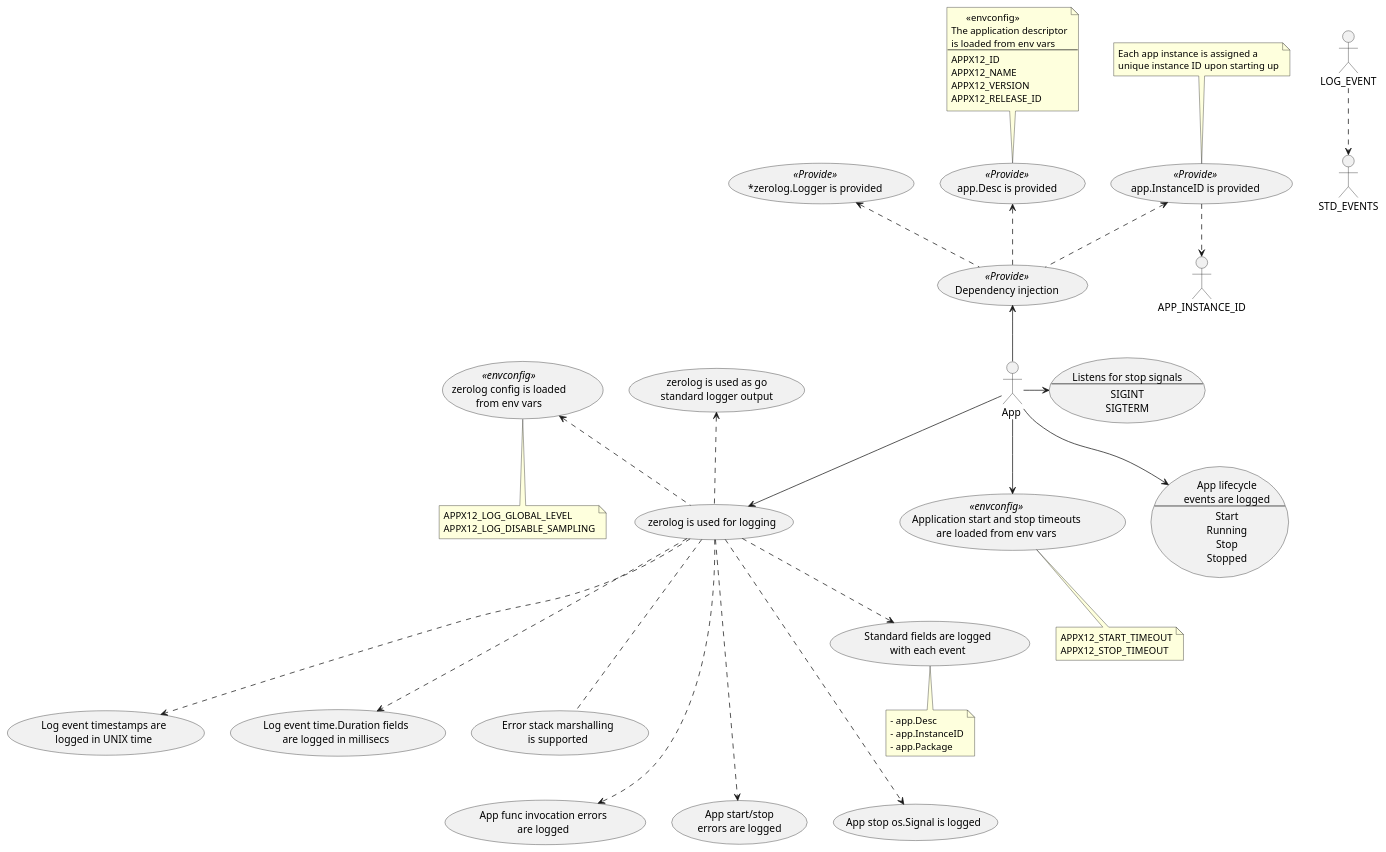
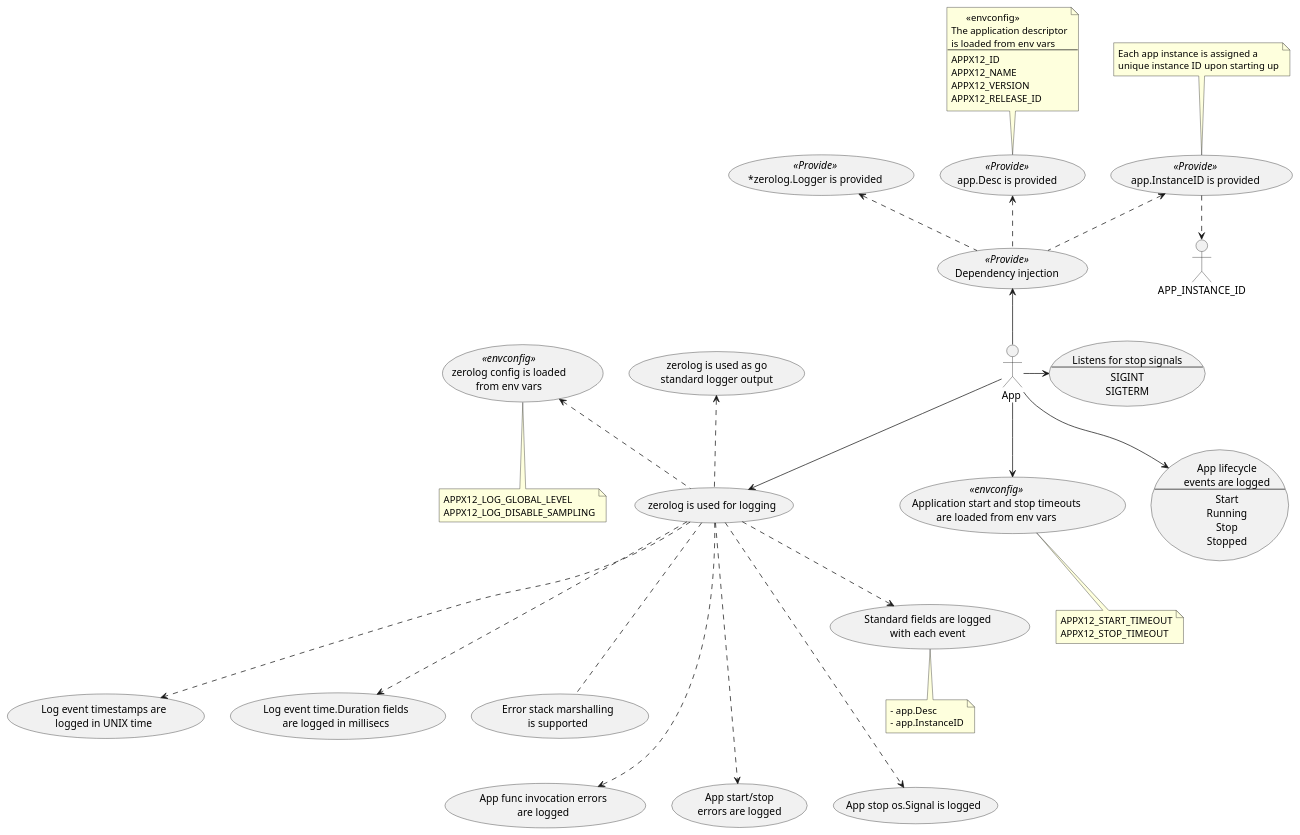
One commit to oysterpack/andiamo changed the diagram in pkg/app/fx/usecases.puml. Above: the diagram before and after it, drawn with PlantUML. The commit also changed 18 other files, not shown here.

```diff
--- a/pkg/app/fx/usecases.puml
+++ b/pkg/app/fx/usecases.puml
@@ -1,112 +1,109 @@
 @startuml
 actor :App : as APP
 
 usecase APP_TIMEOUTS << envconfig >> as "Application start and stop timeouts
 are loaded from env vars"
 
 note bottom of APP_TIMEOUTS {
 APPX12_START_TIMEOUT
 APPX12_STOP_TIMEOUT
 }
 
 usecase APP_LOGGING as "zerolog is used for logging"
 usecase ZEROLOG_CONFIG << envconfig >> as "zerolog config is loaded
 from env vars"
 
 note bottom of ZEROLOG_CONFIG {
 APPX12_LOG_GLOBAL_LEVEL
 APPX12_LOG_DISABLE_SAMPLING
 }
 
 usecase LOG_APP_DESC as "Standard fields are logged
 with each event"
 
 note bottom of LOG_APP_DESC {
 - app.Desc
 - app.InstanceID
-- app.Package
 }
 
 usecase LOG_TIMESTAMP as "Log event timestamps are
 logged in UNIX time"
 
 usecase LOG_DURATION as "Log event time.Duration fields
 are logged in millisecs"
 
 usecase LOG_ERROR_STACK_MARSHALLER as "Error stack marshalling
 is supported"
 
 usecase GO_LOGGING as "zerolog is used as go
 standard logger output"
 
 usecase DEPENDENCY_INJECTION << Provide >> as "Dependency injection"
 usecase PROVIDE_APP_DESC << Provide >> as "app.Desc is provided"
 
 note top of PROVIDE_APP_DESC {
       <<envconfig>>
 The application descriptor
 is loaded from env vars
 ---
 APPX12_ID
 APPX12_NAME
 APPX12_VERSION
 APPX12_RELEASE_ID
 }
 
 usecase PROVIDE_APP_INSTANCE_ID << Provide >> as "app.InstanceID is provided"
 
 note top of PROVIDE_APP_INSTANCE_ID  {
 Each app instance is assigned a
 unique instance ID upon starting up
 }
 
 usecase PROVIDE_LOGGER << Provide >> as "*zerolog.Logger is provided"
 
 DEPENDENCY_INJECTION .up.> PROVIDE_APP_DESC
 DEPENDENCY_INJECTION .up.> PROVIDE_APP_INSTANCE_ID
 DEPENDENCY_INJECTION .up.> PROVIDE_LOGGER
 APP_INSTANCE_ID <.up. PROVIDE_APP_INSTANCE_ID
 
 usecase LOG_APP_LIFECYCLE_EVENTS as "App lifecycle
 events are logged
 ---
 Start
 Running
 Stop
 Stopped"
 
 usecase LOG_APP_INVOKE_ERRORS as "App func invocation errors
 are logged"
 
 usecase LOG_APP_START_STOP_ERRORS as "App start/stop
 errors are logged"
 
 usecase LOG_STOP_SIGNAL_EVENT as "App stop os.Signal is logged"
 
 usecase APP_STOP_SIGNALS as "Listens for stop signals
 ---
 SIGINT
 SIGTERM
 "
 
-LOG_EVENT ..> STD_EVENTS
-
 APP_LOGGING .up.> GO_LOGGING
 APP_LOGGING .up.> ZEROLOG_CONFIG
 APP_LOGGING ..> LOG_APP_DESC
 APP_LOGGING ...> LOG_TIMESTAMP
 APP_LOGGING ...> LOG_DURATION
 APP_LOGGING ....> LOG_APP_INVOKE_ERRORS
 APP_LOGGING ....> LOG_APP_START_STOP_ERRORS
 APP_LOGGING ....> LOG_STOP_SIGNAL_EVENT
 APP_LOGGING ... LOG_ERROR_STACK_MARSHALLER
 
 
 APP -up-> DEPENDENCY_INJECTION
 APP --> APP_TIMEOUTS
 APP --> APP_LOGGING
 
 APP --> LOG_APP_LIFECYCLE_EVENTS
 APP -> APP_STOP_SIGNALS
 
 @enduml
```
